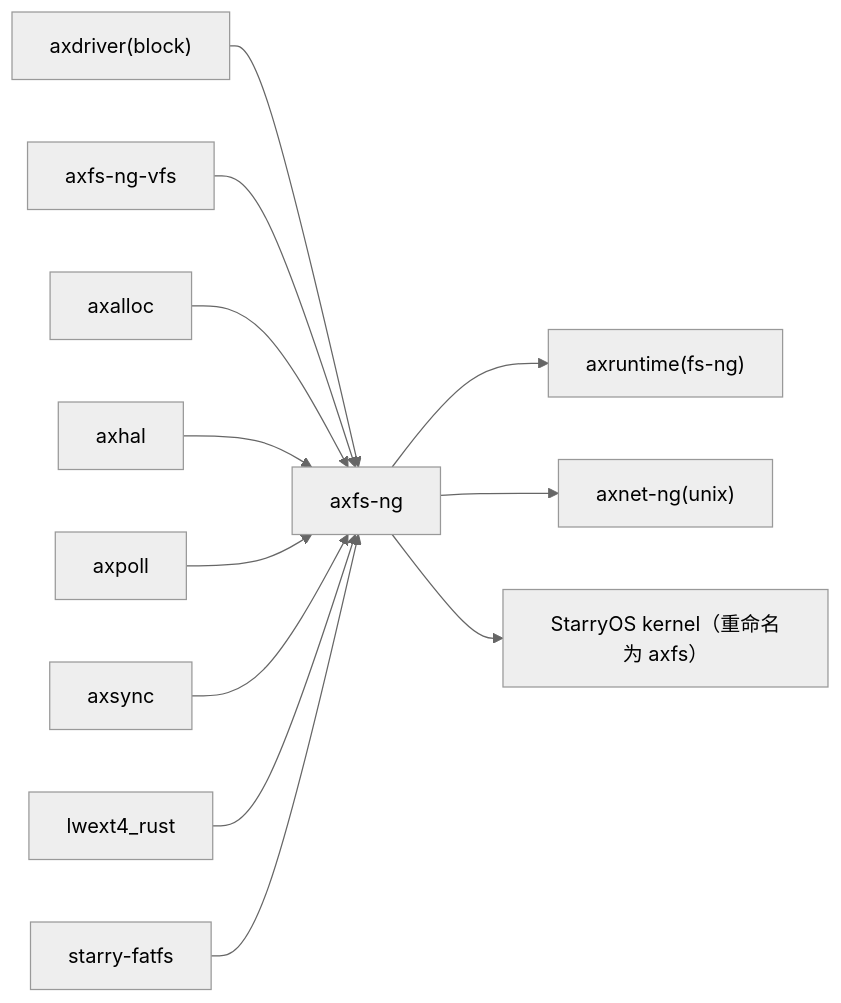
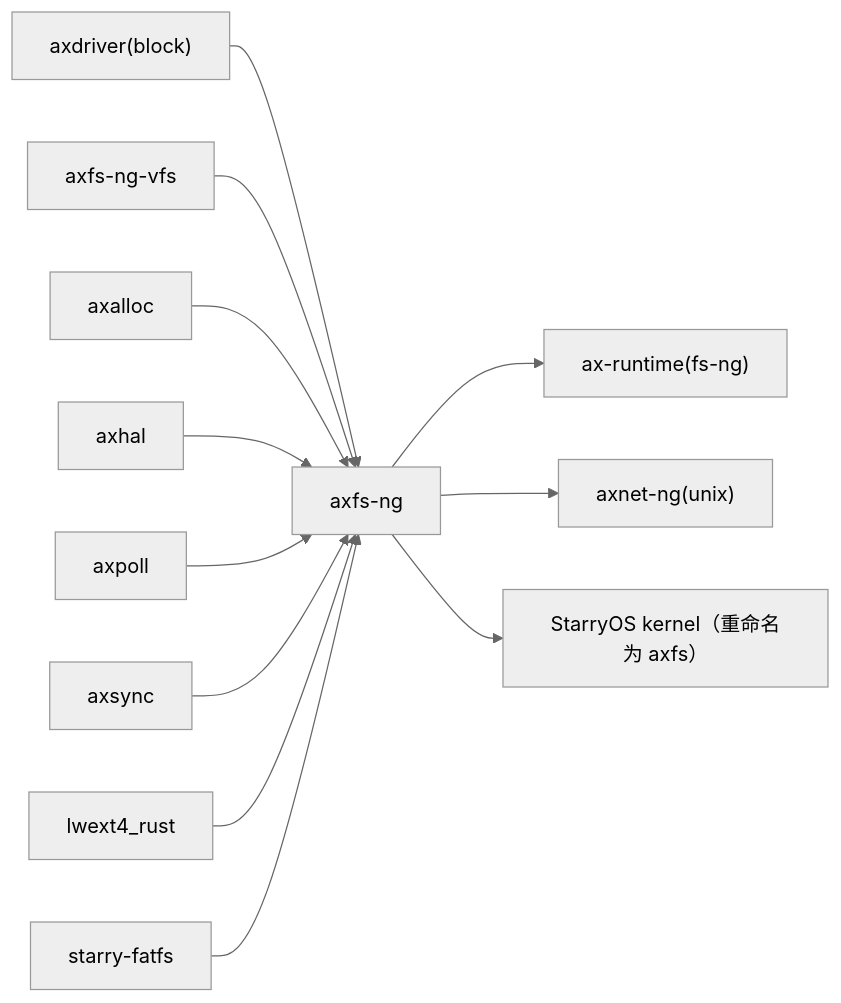
Before and after one commit to zKurisu/tgoskits: the second of 2 diagrams in docs/crates/axfs-ng.md, drawn with Mermaid (neutral theme). The commit also changed other lines of this file and 69 other files, not shown here.

Commit message:
rename axruntime to ax-runtime

````diff
--- a/docs/crates/axfs-ng.md
+++ b/docs/crates/axfs-ng.md
@@ -106,15 +106,15 @@
 ```mermaid
 graph LR
     axdriver["axdriver(block)"] --> current["axfs-ng"]
     axfs_ng_vfs["axfs-ng-vfs"] --> current
     axalloc["axalloc"] --> current
     axhal["axhal"] --> current
     axpoll["axpoll"] --> current
     axsync["axsync"] --> current
     ext4lib["lwext4_rust"] --> current
     fatlib["starry-fatfs"] --> current
 
-    current --> axruntime["axruntime(fs-ng)"]
+    current --> ax-runtime["ax-runtime(fs-ng)"]
     current --> axnet_ng["axnet-ng(unix)"]
     current --> starry_kernel["StarryOS kernel（重命名为 axfs）"]
 ```
````
